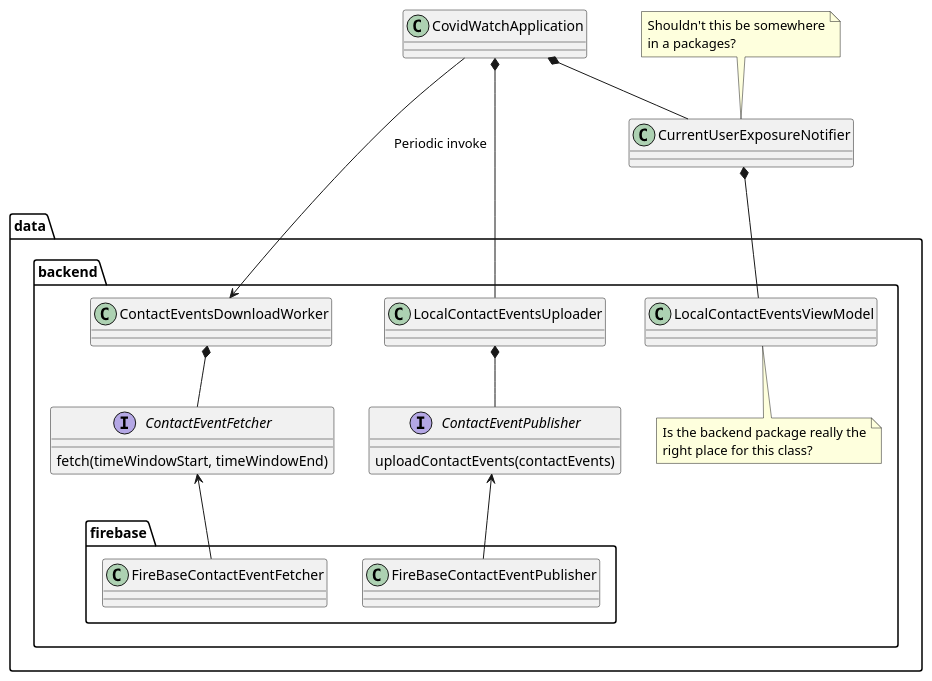
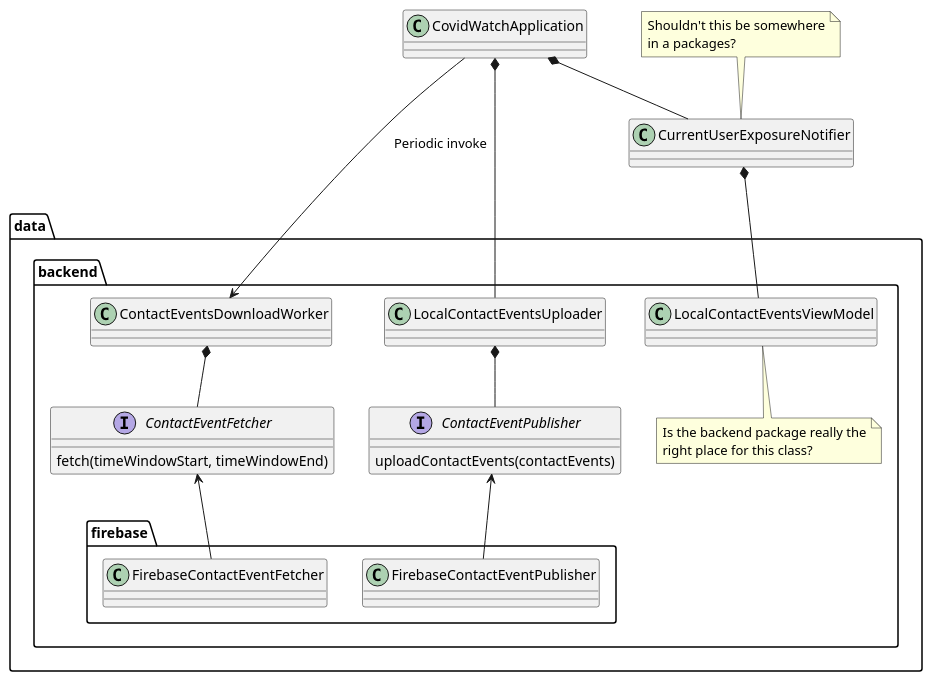
One commit to covidwatchorg/covidwatch-android-tcn changed the diagram in design/Backend access.puml. Above: the diagram before and after it, drawn with PlantUML. The commit also changed 13 other files, not shown here.

```diff
--- a/design/Backend access.puml
+++ b/design/Backend access.puml
@@ -1,36 +1,36 @@
 @startuml
 class CovidWatchApplication {}
 class CurrentUserExposureNotifier {}
 note top of CurrentUserExposureNotifier
 Shouldn't this be somewhere
 in a packages?
 end note
 package data.backend {
     class ContactEventsDownloadWorker {}
     class LocalContactEventsUploader {}
     class LocalContactEventsViewModel {}
     note bottom of LocalContactEventsViewModel
     Is the backend package really the
     right place for this class?
     end note
     interface ContactEventFetcher {
         fetch(timeWindowStart, timeWindowEnd)
     }
     interface ContactEventPublisher {
         uploadContactEvents(contactEvents)
     }
     package firebase {
-        class FireBaseContactEventFetcher
-        class FireBaseContactEventPublisher
+        class FirebaseContactEventFetcher
+        class FirebaseContactEventPublisher
     }
 }
 
 CovidWatchApplication *-- LocalContactEventsUploader
 CovidWatchApplication *-- CurrentUserExposureNotifier
 CovidWatchApplication --> ContactEventsDownloadWorker: Periodic invoke
 CurrentUserExposureNotifier *-- LocalContactEventsViewModel
 ContactEventsDownloadWorker *-- ContactEventFetcher
 LocalContactEventsUploader *-- ContactEventPublisher
-ContactEventFetcher <-- FireBaseContactEventFetcher
-ContactEventPublisher <-- FireBaseContactEventPublisher
+ContactEventFetcher <-- FirebaseContactEventFetcher
+ContactEventPublisher <-- FirebaseContactEventPublisher
 @enduml
```
